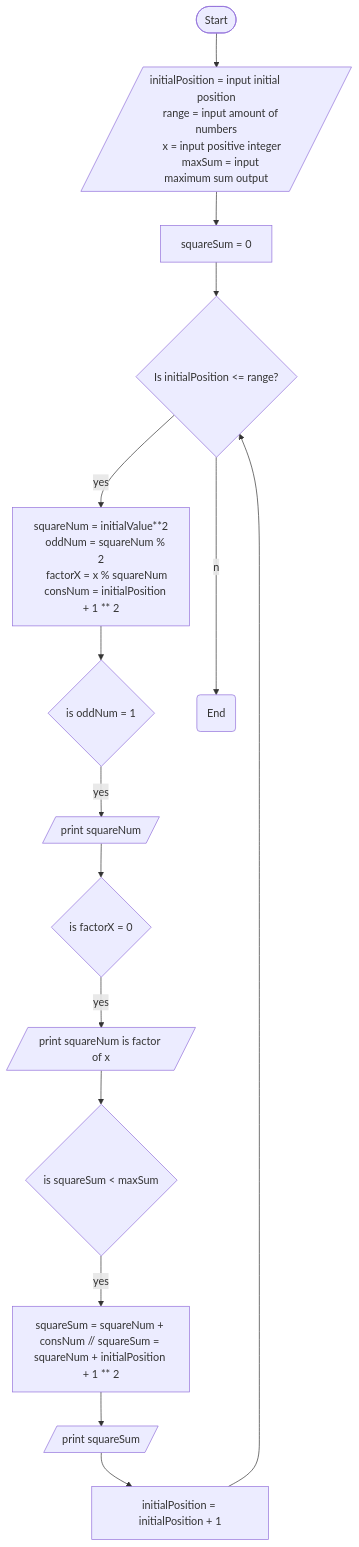
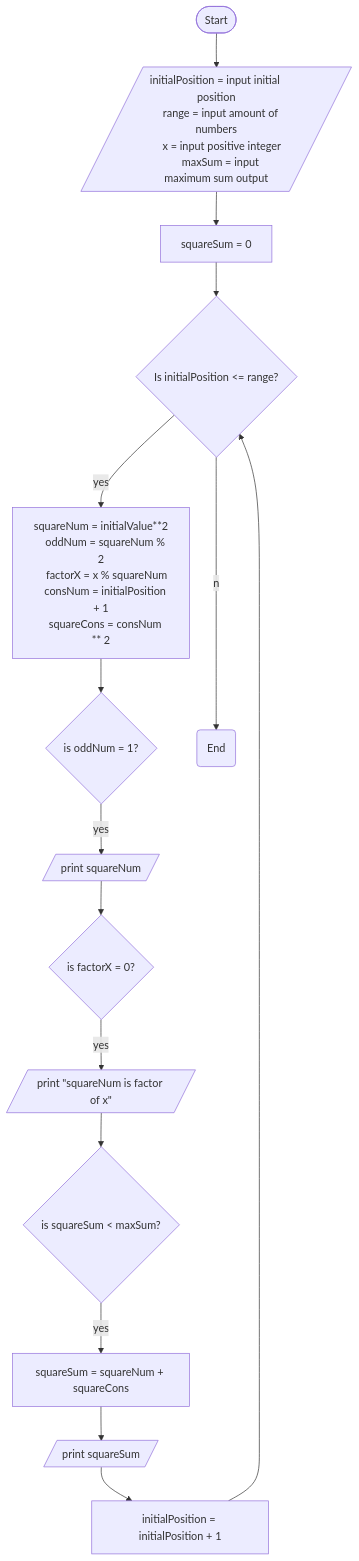
One commit to gtugaw/comp1236project changed the diagram in flowchart/task2.md. Above: the diagram before and after it, drawn with Mermaid. The commit also changed other lines of this file, not shown here.

Commit message:
Minor changes to code and creating comment section

````diff
--- a/flowchart/task2.md
+++ b/flowchart/task2.md
@@ -2,32 +7,33 @@
 ```mermaid
 flowchart TB
     A([Start])
 
     A-->B[/initialPosition = input initial position
     range = input amount of numbers
     x = input positive integer
     maxSum = input maximum sum output/]
     B-->D[squareSum = 0]
 
     D-->E{Is initialPosition <= range?}
     E-- yes -->F[squareNum = initialValue**2
     oddNum = squareNum % 2
     factorX = x % squareNum
-    consNum = initialPosition + 1 ** 2]
+    consNum = initialPosition + 1
+    squareCons = consNum ** 2]
 
-    F-->G{is oddNum = 1}
+    F-->G{is oddNum = 1?}
     G--yes-->H[/print squareNum/]
 
-    H-->I{is factorX = 0}
-    I--yes-->J[/print squareNum is factor of x/]
+    H-->I{is factorX = 0?}
+    I--yes-->J[/print "squareNum is factor of x"/]
 
-    J-->K{is squareSum < maxSum}
-    K--yes-->L[squareSum = squareNum + consNum // squareSum = squareNum + initialPosition + 1 ** 2]
+    J-->K{is squareSum < maxSum?}
+    K--yes-->L[squareSum = squareNum + squareCons]
     L-->M[/print squareSum/]
 
     M-->N[initialPosition = initialPosition + 1]
     N-->E
 
     E--no-->O(End)
 
 ```
````
